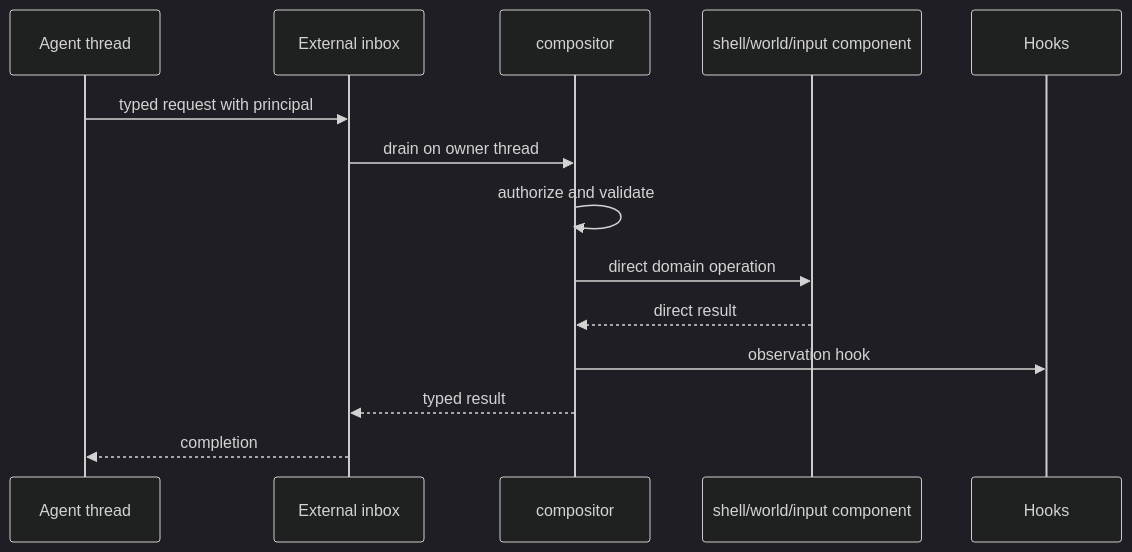
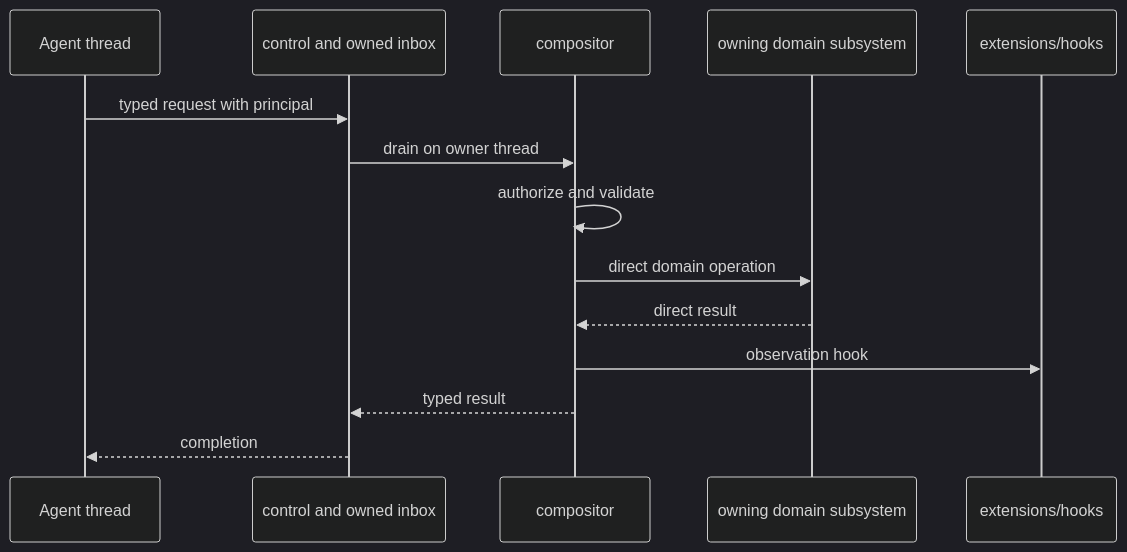
The third of 3 diagrams in docs/COMPOSITOR-OBJECT-DESIGN.md (SeungheonOh/ataxia), drawn with Mermaid (dark theme) before and after one commit. The commit also changed other lines of this file, not shown here.

Commit message:
docs: consolidate compositor domain subsystems

````diff
--- a/docs/COMPOSITOR-OBJECT-DESIGN.md
+++ b/docs/COMPOSITOR-OBJECT-DESIGN.md
@@ -570,17 +604,17 @@
 ```mermaid
 sequenceDiagram
     participant A as Agent thread
-    participant I as External inbox
+    participant CTRL as control and owned inbox
     participant C as compositor
-    participant S as shell/world/input component
-    participant H as Hooks
+    participant S as owning domain subsystem
+    participant H as extensions/hooks
 
-    A->>I: typed request with principal
-    I->>C: drain on owner thread
+    A->>CTRL: typed request with principal
+    CTRL->>C: drain on owner thread
     C->>C: authorize and validate
     C->>S: direct domain operation
     S-->>C: direct result
     C->>H: observation hook
-    C-->>I: typed result
-    I-->>A: completion
+    C-->>CTRL: typed result
+    CTRL-->>A: completion
 ```
````
